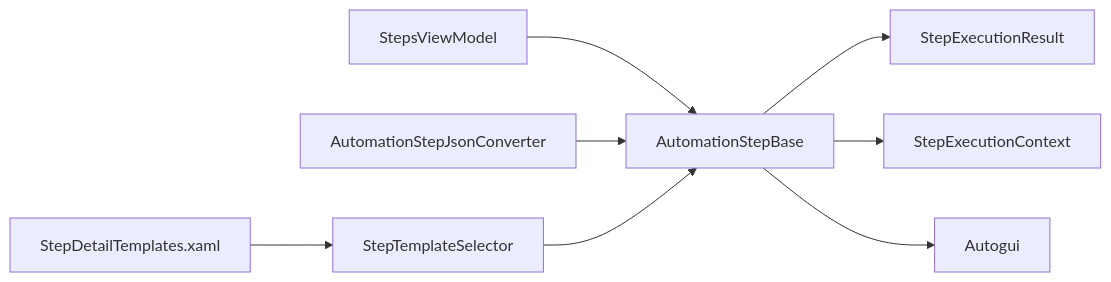
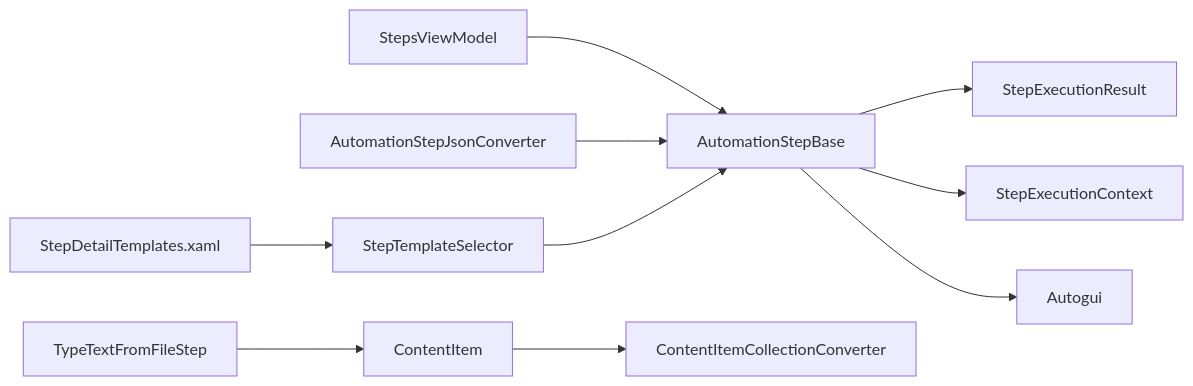
Before and after one commit to yooxii/ShaoLuAuto: the ninth of 9 diagrams in .qoder/repowiki/zh/content/开发指南/自定义步骤开发.md, drawn with Mermaid. The commit also changed other lines of this file and 45 other files, not shown here.

````diff
--- a/.qoder/repowiki/zh/content/开发指南/自定义步骤开发.md
+++ b/.qoder/repowiki/zh/content/开发指南/自定义步骤开发.md
@@ -382,10 +457,12 @@
 ```mermaid
 graph LR
 Base["AutomationStepBase"] --> Model["StepExecutionResult"]
 Base --> Service["StepExecutionContext"]
 Base --> Utils["Autogui"]
 VM["StepsViewModel"] --> Base
 Conv["AutomationStepJsonConverter"] --> Base
 Sel["StepTemplateSelector"] --> Base
 UI["StepDetailTemplates.xaml"] --> Sel
+CI["ContentItem"] --> CIConv["ContentItemCollectionConverter"]
+TypeFromFile["TypeTextFromFileStep"] --> CI
 ```
````
